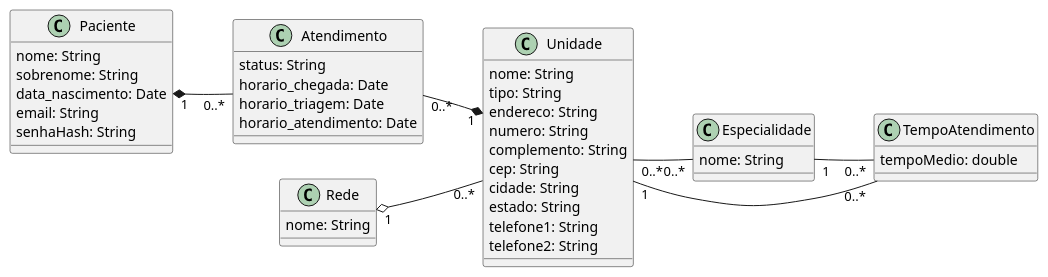
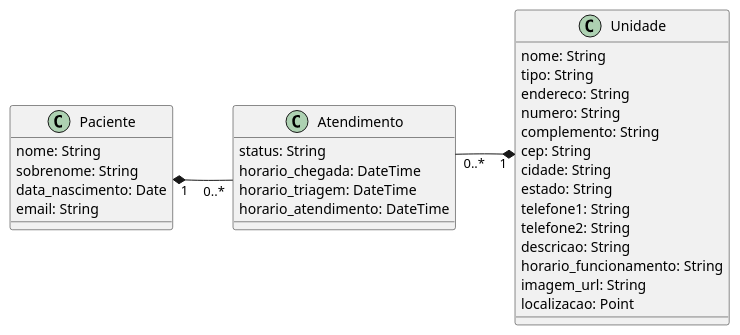
One commit to PurpleLobster31/Erro404_LabEngSoftw_06N changed the diagram in docs/dominio_classes.md. Above: the diagram before and after it, drawn with PlantUML. The commit also changed other lines of this file and 8 other files, not shown here.

````diff
--- a/docs/dominio_classes.md
+++ b/docs/dominio_classes.md
@@ -2,63 +2,42 @@
 ```plantuml
 @startuml
 left to right direction
 
 class Paciente {
     nome: String
     sobrenome: String
     data_nascimento: Date
     email: String
-    senhaHash: String
 }
 
 class Atendimento {
     status: String
-    horario_chegada: Date
-    horario_triagem: Date
-    horario_atendimento: Date
+    horario_chegada: DateTime
+    horario_triagem: DateTime
+    horario_atendimento: DateTime
 }
 
 class Unidade {
     nome: String
     tipo: String
     endereco: String
     numero: String
     complemento: String
     cep: String
     cidade: String
     estado: String
     telefone1: String
     telefone2: String
-}
-
-class Especialidade {
-    nome: String
-}
-
-class Rede {
-    nome: String
-}
-
-class TempoAtendimento {
-    tempoMedio: double
+    descricao: String
+    horario_funcionamento: String
+    imagem_url: String
+    localizacao: Point
 }
 
 Paciente "1" *-- "0..*" Atendimento
 Unidade "1" *-- "0..*" Atendimento
 
-Rede "1" o-- "0..*" Unidade
-
-Unidade "0..*" -- "0..*" Especialidade
-
-Unidade "1" -- "0..*" TempoAtendimento
-Especialidade "1" -- "0..*" TempoAtendimento
-
 Paciente -[hidden]-> Atendimento
 Atendimento -[hidden]-> Unidade
-Unidade -[hidden]-> Especialidade
-
-Rede -[hidden]-> Unidade
-Especialidade -[hidden]-> TempoAtendimento
-
 @enduml
 ```
````
